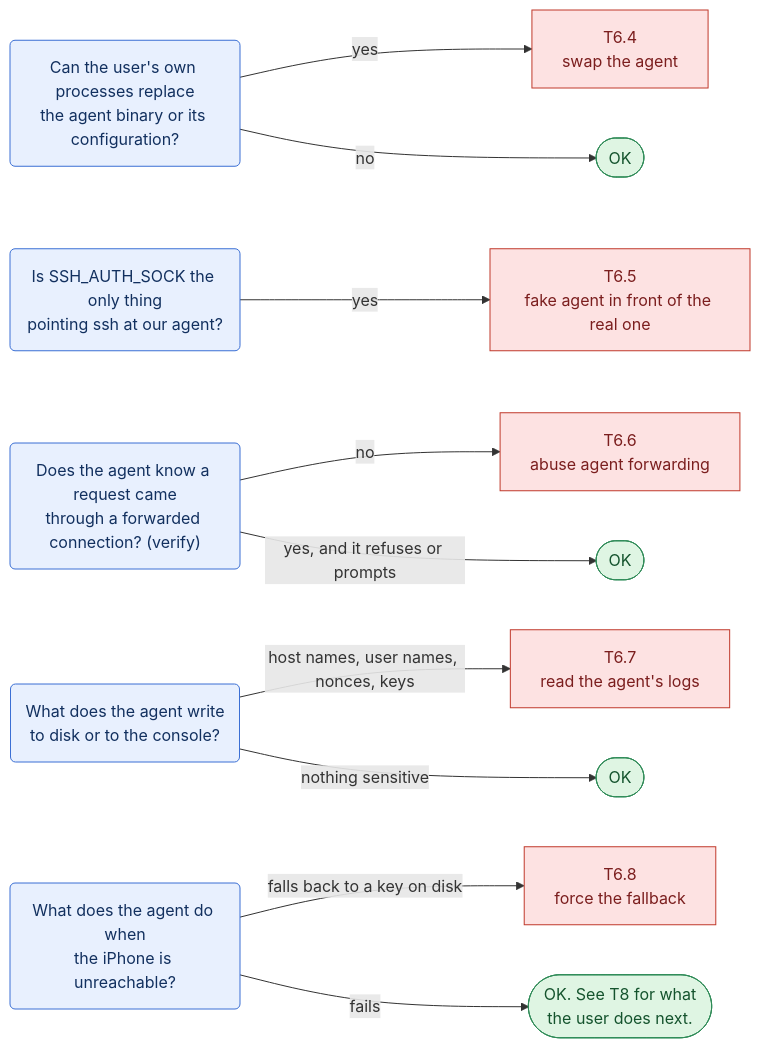
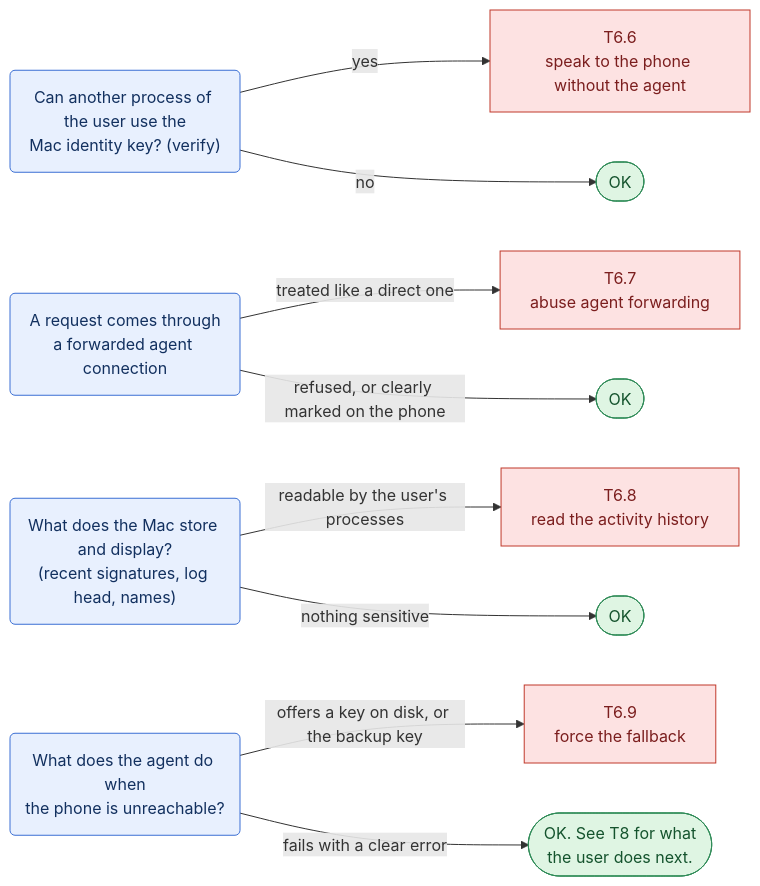
One commit to Samylay/sentry-key changed diagram 15 of 17 in docs/red-team/README.md. Above: the diagram before and after it, drawn with Mermaid. The commit also changed other lines of this file and 1 other file, not shown here.

First line of the commit message:
Align red team guide with docs/ARCHITECTURE.md (prompt P-007)

````diff
--- a/docs/red-team/README.md
+++ b/docs/red-team/README.md
@@ -622,21 +593,19 @@
 ```mermaid
 flowchart LR
   classDef q fill:#e8f0fe,stroke:#3b6fd4,color:#12305f
   classDef atk fill:#fde2e2,stroke:#c0392b,color:#7b1e1e
   classDef ok fill:#dff5e3,stroke:#2e8b57,color:#14532d
   classDef note fill:#fff4d6,stroke:#b7791f,color:#5c3d00
-  q5("Can the user's own processes replace<br/>the agent binary or its configuration?"):::q
-  q6("Is SSH_AUTH_SOCK the only thing<br/>pointing ssh at our agent?"):::q
-  q7("Does the agent know a request came<br/>through a forwarded connection? (verify)"):::q
-  q8("What does the agent write<br/>to disk or to the console?"):::q
-  q9("What does the agent do when<br/>the iPhone is unreachable?"):::q
-  q5 -->|"yes"| a4["T6.4<br/>swap the agent"]:::atk
-  q5 -->|"no"| ok3(["OK"]):::ok
-  q6 -->|"yes"| a5["T6.5<br/>fake agent in front of the real one"]:::atk
-  q7 -->|"no"| a6["T6.6<br/>abuse agent forwarding"]:::atk
-  q7 -->|"yes, and it refuses or prompts"| ok4(["OK"]):::ok
-  q8 -->|"host names, user names, nonces, keys"| a7["T6.7<br/>read the agent's logs"]:::atk
-  q8 -->|"nothing sensitive"| ok5(["OK"]):::ok
-  q9 -->|"falls back to a key on disk"| a8["T6.8<br/>force the fallback"]:::atk
-  q9 -->|"fails"| ok6(["OK. See T8 for what<br/>the user does next."]):::ok
+  q5("Can another process of the user use the<br/>Mac identity key? (verify)"):::q
+  q6("A request comes through<br/>a forwarded agent connection"):::q
+  q7("What does the Mac store and display?<br/>(recent signatures, log head, names)"):::q
+  q8("What does the agent do when<br/>the phone is unreachable?"):::q
+  q5 -->|"yes"| a6["T6.6<br/>speak to the phone without the agent"]:::atk
+  q5 -->|"no"| ok4(["OK"]):::ok
+  q6 -->|"treated like a direct one"| a7["T6.7<br/>abuse agent forwarding"]:::atk
+  q6 -->|"refused, or clearly marked on the phone"| ok5(["OK"]):::ok
+  q7 -->|"readable by the user's processes"| a8["T6.8<br/>read the activity history"]:::atk
+  q7 -->|"nothing sensitive"| ok6(["OK"]):::ok
+  q8 -->|"offers a key on disk, or the backup key"| a9["T6.9<br/>force the fallback"]:::atk
+  q8 -->|"fails with a clear error"| ok7(["OK. See T8 for what<br/>the user does next."]):::ok
 ```
````
